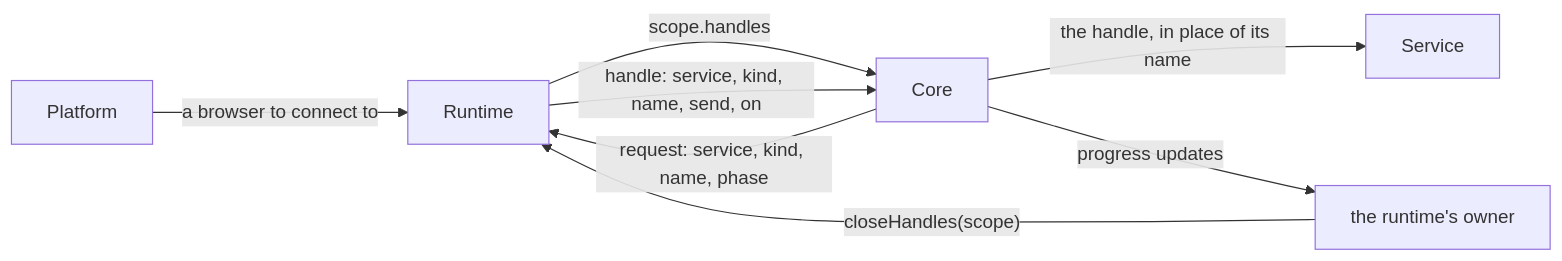
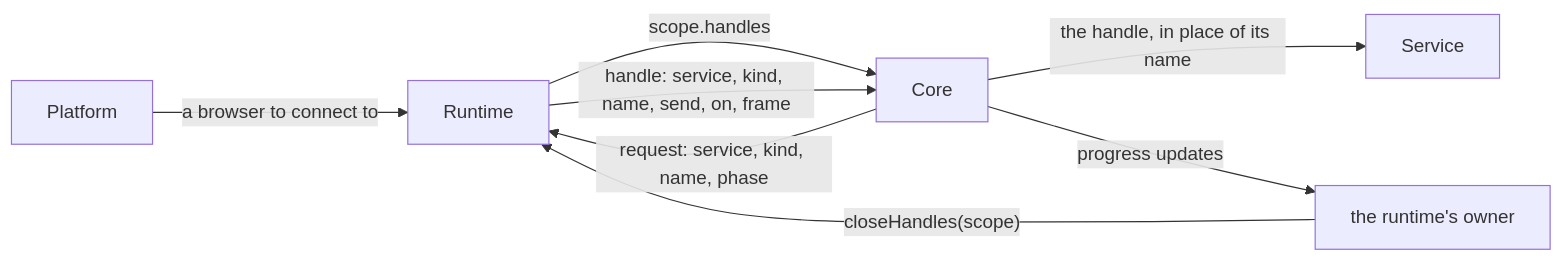
Before and after one commit to TorchlightSoftware/microql: the diagram in docs/runtime-integration.md, drawn with Mermaid. The commit also changed other lines of this file and 5 other files, not shown here.

````diff
--- a/docs/runtime-integration.md
+++ b/docs/runtime-integration.md
@@ -474,10 +474,10 @@
 ```mermaid
 flowchart LR
   P[Platform] -- "a browser to connect to" --> R[Runtime]
   R -- "scope.handles" --> C[Core]
   C -- "request: service, kind, name, phase" --> R
-  R -- "handle: service, kind, name, send, on" --> C
+  R -- "handle: service, kind, name, send, on, frame" --> C
   C -- "the handle, in place of its name" --> S[Service]
   C -- "progress updates" --> O["the runtime's owner"]
   O -- "closeHandles(scope)" --> R
 ```
````
